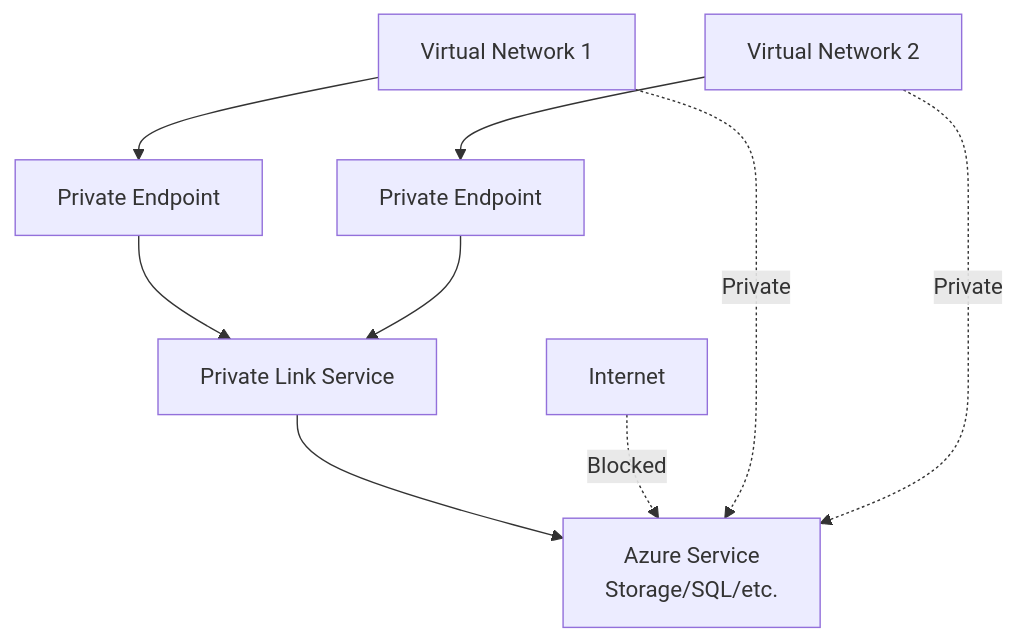
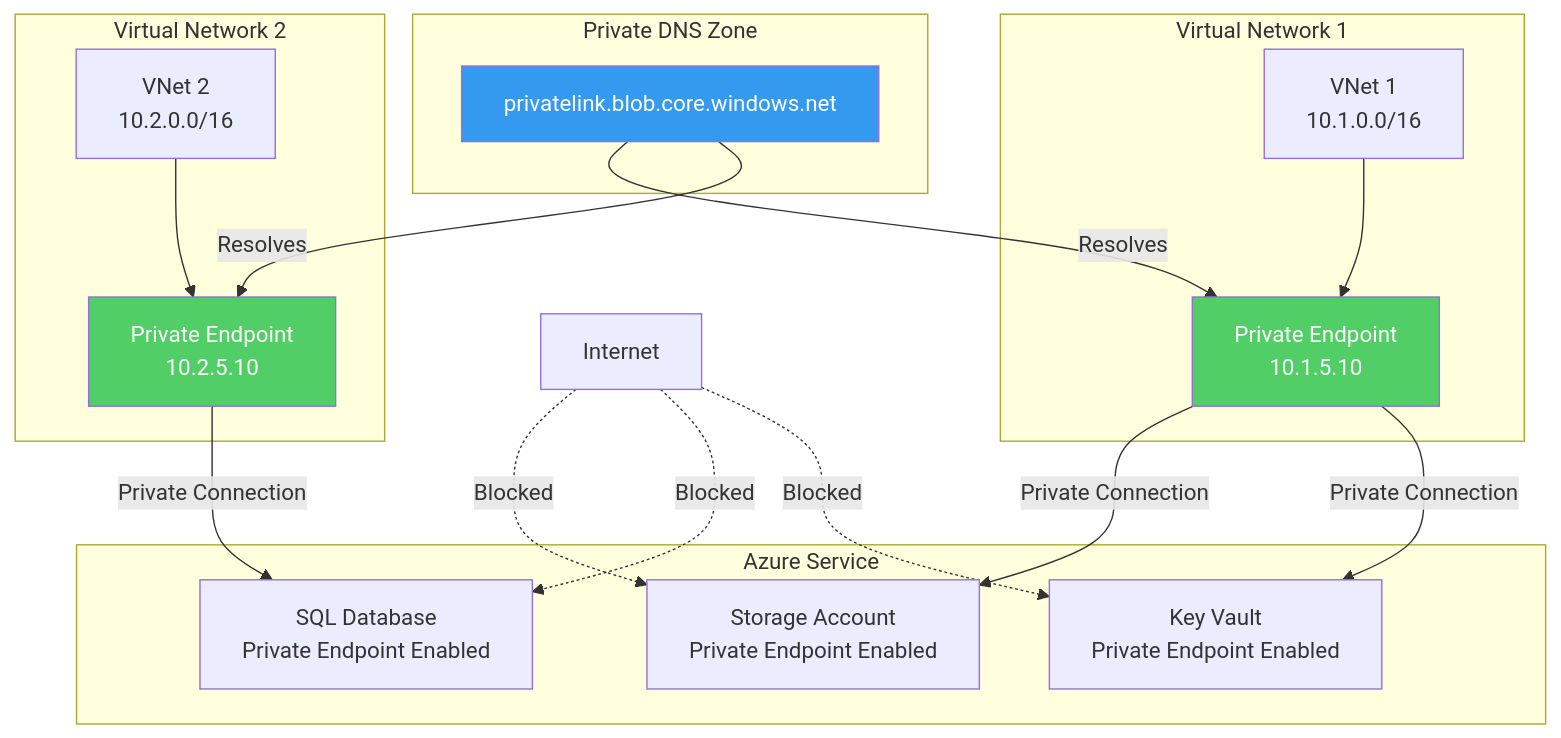
Before and after one commit to smyha/TerraformTutorial: diagram 13 of 31 in code/terraform/azure-networking-tutorial/docs/AZURE_NETWORKING_COMPLETE_GUIDE.md, drawn with Mermaid. The commit also changed other lines of this file and 34 other files, not shown here.

````diff
--- a/code/terraform/azure-networking-tutorial/docs/AZURE_NETWORKING_COMPLETE_GUIDE.md
+++ b/code/terraform/azure-networking-tutorial/docs/AZURE_NETWORKING_COMPLETE_GUIDE.md
@@ -624,12 +628,38 @@
 ```mermaid
 graph TB
-    VNet1[Virtual Network 1] --> PrivateEndpoint1[Private Endpoint]
-    VNet2[Virtual Network 2] --> PrivateEndpoint2[Private Endpoint]
-    PrivateEndpoint1 --> PrivateLinkService[Private Link Service]
-    PrivateEndpoint2 --> PrivateLinkService
-    PrivateLinkService --> Service[Azure Service<br/>Storage/SQL/etc.]
+    subgraph "Virtual Network 1"
+        VNet1[VNet 1<br/>10.1.0.0/16]
+        PrivateEndpoint1[Private Endpoint<br/>10.1.5.10]
+        VNet1 --> PrivateEndpoint1
+    end
     
-    Internet -.->|Blocked| Service
-    VNet1 -.->|Private| Service
-    VNet2 -.->|Private| Service
+    subgraph "Virtual Network 2"
+        VNet2[VNet 2<br/>10.2.0.0/16]
+        PrivateEndpoint2[Private Endpoint<br/>10.2.5.10]
+        VNet2 --> PrivateEndpoint2
+    end
+    
+    subgraph "Azure Service"
+        StorageAccount[Storage Account<br/>Private Endpoint Enabled]
+        SQLDatabase[SQL Database<br/>Private Endpoint Enabled]
+        KeyVault[Key Vault<br/>Private Endpoint Enabled]
+    end
+    
+    subgraph "Private DNS Zone"
+        PrivateDNS[privatelink.blob.core.windows.net]
+        PrivateDNS -->|Resolves| PrivateEndpoint1
+        PrivateDNS -->|Resolves| PrivateEndpoint2
+    end
+    
+    PrivateEndpoint1 -->|Private Connection| StorageAccount
+    PrivateEndpoint2 -->|Private Connection| SQLDatabase
+    PrivateEndpoint1 -->|Private Connection| KeyVault
+    
+    Internet -.->|Blocked| StorageAccount
+    Internet -.->|Blocked| SQLDatabase
+    Internet -.->|Blocked| KeyVault
+    
+    style PrivateEndpoint1 fill:#51cf66,color:#fff
+    style PrivateEndpoint2 fill:#51cf66,color:#fff
+    style PrivateDNS fill:#339af0,color:#fff
 ```
````
